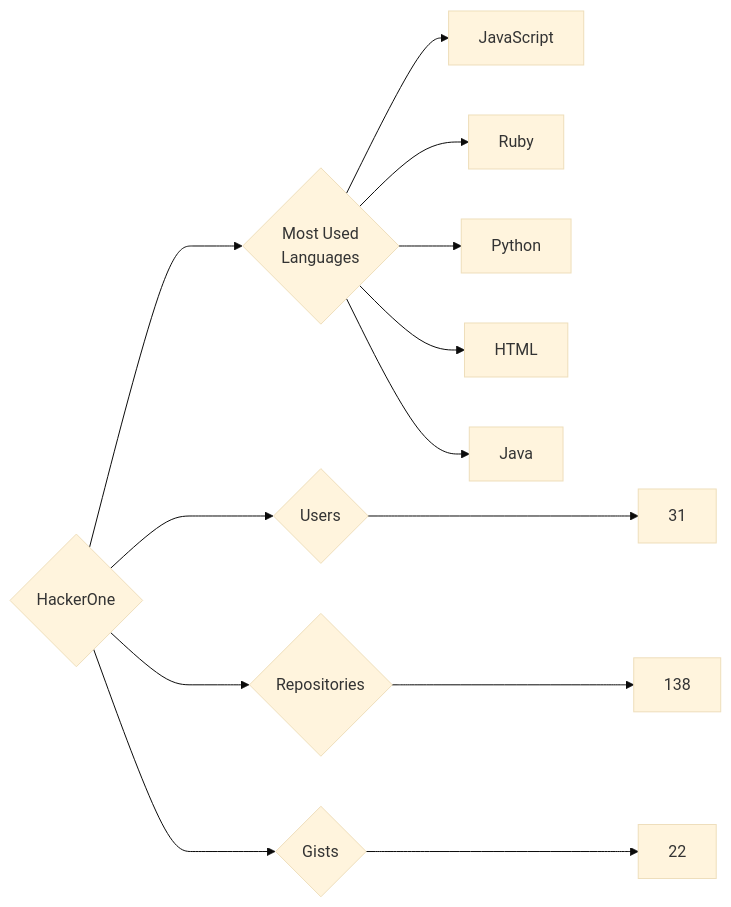
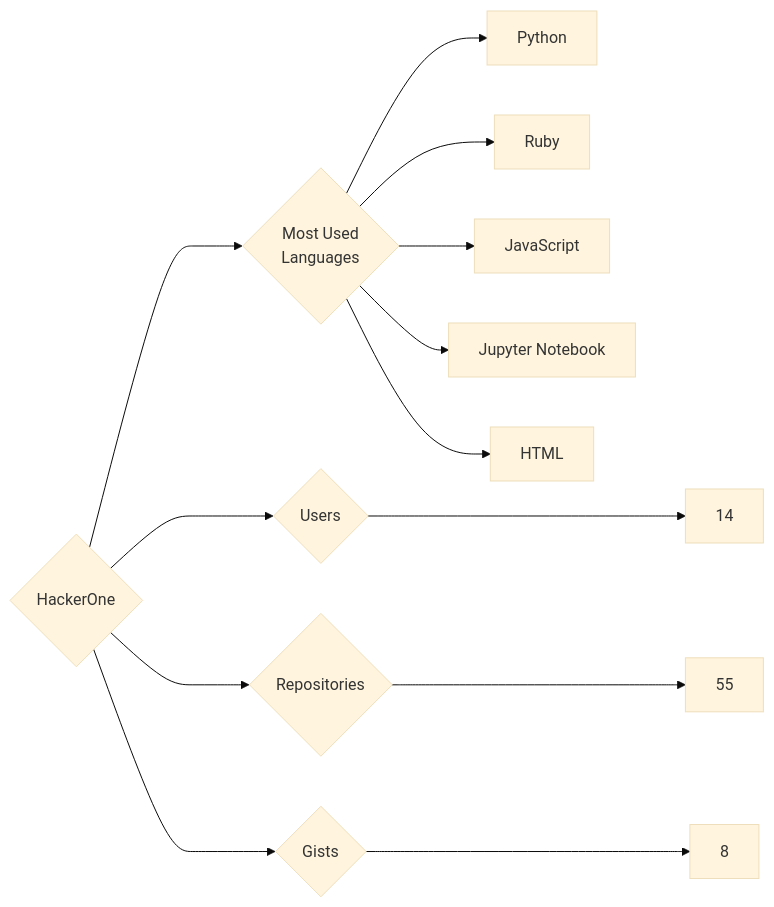
The diagram in targets/HackerOne/README.md (trickest/insiders), drawn with Mermaid (base theme) before and after one commit. The commit also changed 916 other files, not shown here.

````diff
--- a/targets/HackerOne/README.md
+++ b/targets/HackerOne/README.md
@@ -3,13 +3,13 @@
 ```mermaid
 graph LR
 COMPANY_NAME{HackerOne}
-COMPANY_NAME ---> U{Users} ---> UN[31]
-COMPANY_NAME ---> R{Repositories} ---> RN[138]
-COMPANY_NAME ---> G{Gists} ---> GN[22]
+COMPANY_NAME ---> U{Users} ---> UN[14]
+COMPANY_NAME ---> R{Repositories} ---> RN[55]
+COMPANY_NAME ---> G{Gists} ---> GN[8]
 COMPANY_NAME ---> ML{Most Used<br>Languages}
+ML --> Python[Python]
+ML --> Ruby[Ruby]
 ML --> JavaScript[JavaScript]
-ML --> Ruby[Ruby]
-ML --> Python[Python]
+ML --> Jupyter_Notebook[Jupyter Notebook]
 ML --> HTML[HTML]
-ML --> Java[Java]
 ```
````
